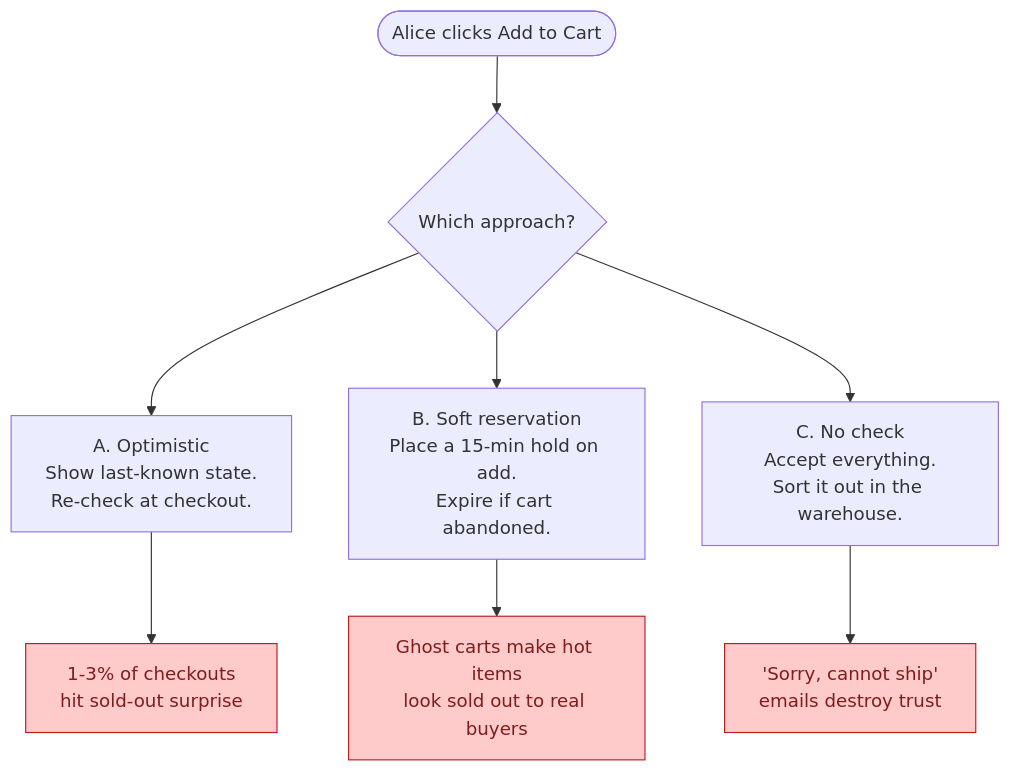
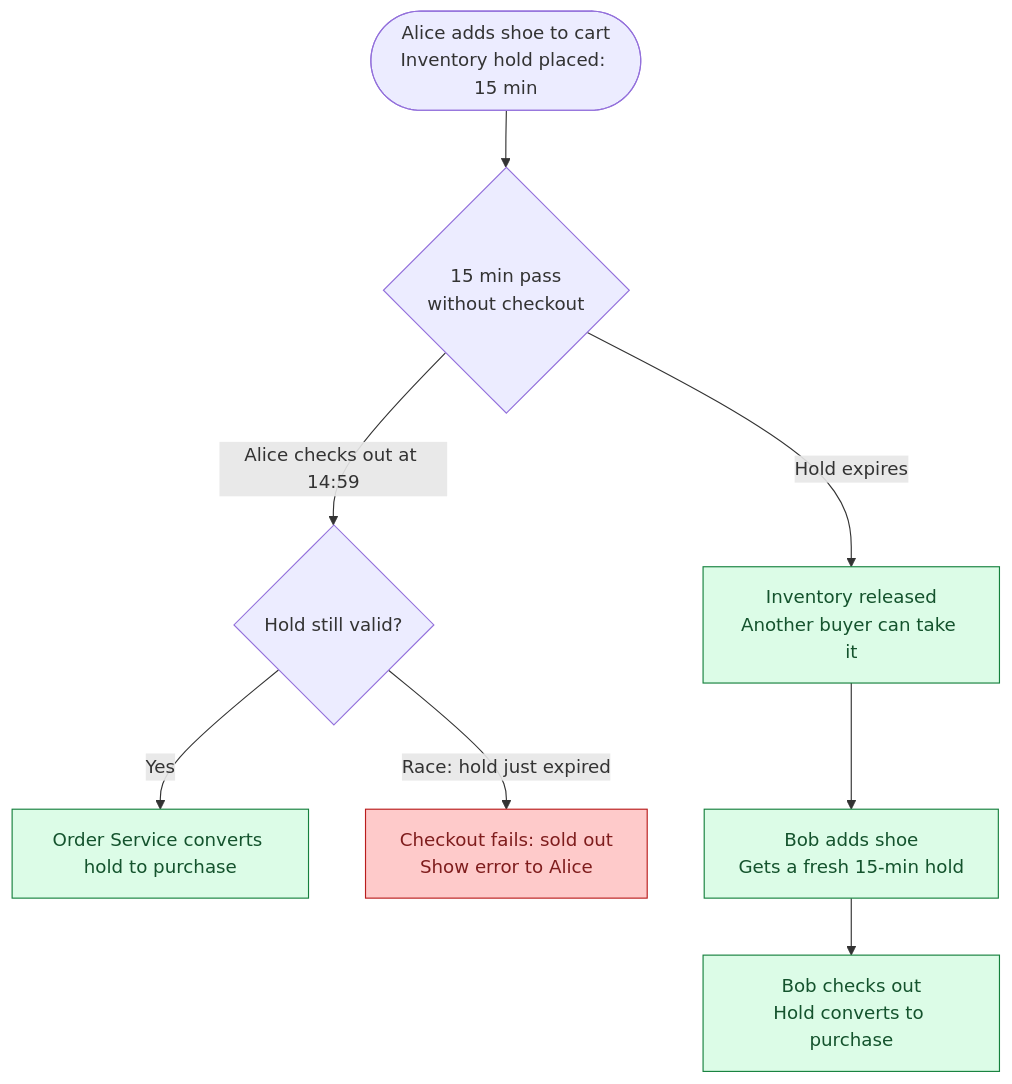
Before and after one commit to shiningflash/system-design: diagram 11 of 11 in problems/012-shopping-cart/question.md, drawn with Mermaid. The commit also changed other lines of this file and 37 other files, not shown here.

````diff
--- a/problems/012-shopping-cart/question.md
+++ b/problems/012-shopping-cart/question.md
@@ -454,14 +540,14 @@
 ```mermaid
 flowchart TD
-    Add([Alice clicks Add to Cart]) --> A{Which approach?}
+    Add([Alice adds shoe to cart<br/>Inventory hold placed: 15 min]) --> T1{15 min pass<br/>without checkout}
+    T1 -- "Hold expires" --> Released["Inventory released<br/>Another buyer can take it"]:::ok
+    T1 -- "Alice checks out at 14:59" --> HoldActive{Hold still valid?}
+    HoldActive -- Yes --> Convert["Order Service converts hold to purchase"]:::ok
+    HoldActive -- "Race: hold just expired" --> SoldOut["Checkout fails: sold out<br/>Show error to Alice"]:::bad
 
-    A --> Opt["A. Optimistic<br/>Show last-known state.<br/>Re-check at checkout."]
-    A --> Res["B. Soft reservation<br/>Place a 15-min hold on add.<br/>Expire if cart abandoned."]
-    A --> None["C. No check<br/>Accept everything.<br/>Sort it out in the warehouse."]
+    Released --> AnotherBuyer["Bob adds shoe<br/>Gets a fresh 15-min hold"]:::ok
+    AnotherBuyer --> BobChecksOut["Bob checks out<br/>Hold converts to purchase"]:::ok
 
-    Opt --> OptBad["1-3% of checkouts<br/>hit sold-out surprise"]:::bad
-    Res --> ResBad["Ghost carts make hot items<br/>look sold out to real buyers"]:::bad
-    None --> NoneBad["'Sorry, cannot ship'<br/>emails destroy trust"]:::bad
-
+    classDef ok fill:#dcfce7,stroke:#15803d,color:#14532d
     classDef bad fill:#fecaca,stroke:#b91c1c,color:#7f1d1d
 ```
````
